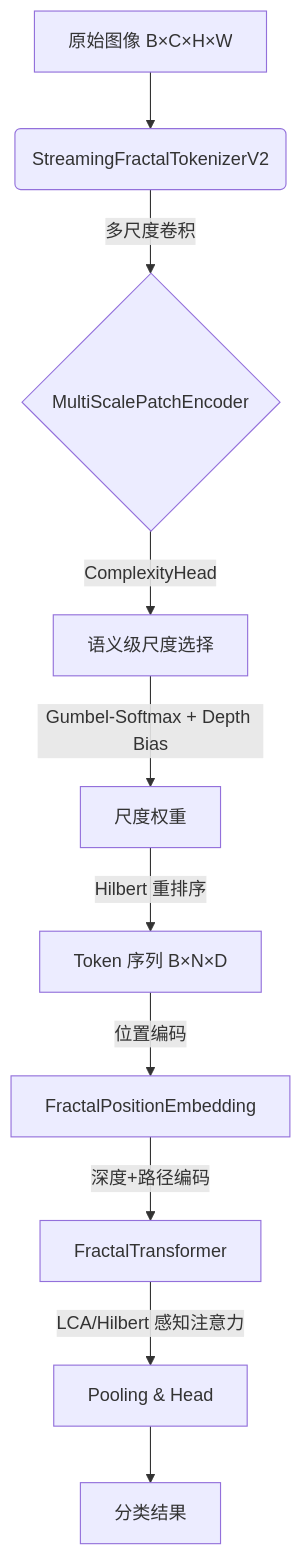
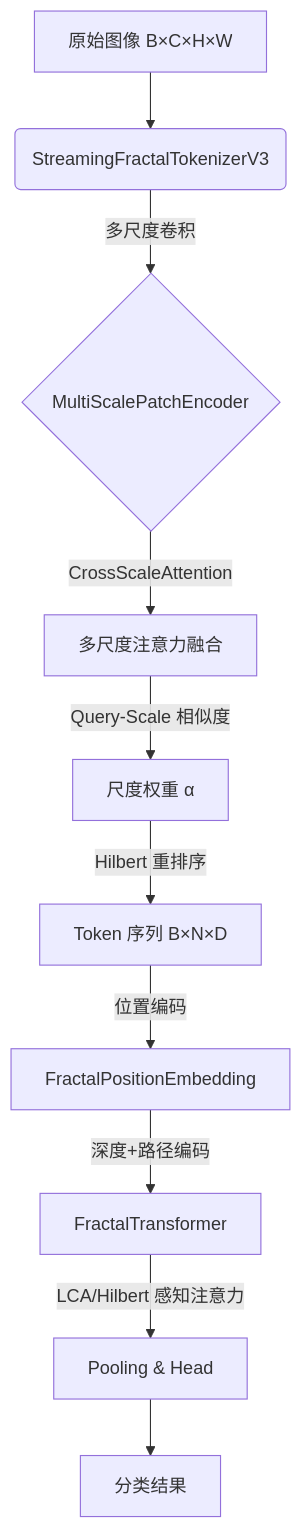
Before and after one commit to LoopyBrainie/fractal-curve-tokenizer: the diagram in documents/00_introduction.md, drawn with Mermaid. The commit also changed other lines of this file and 7 other files, not shown here.

Commit message:
feat: 更新文档，标记 StreamingFractalTokenizerV2 为已废弃，推荐使用 StreamingFractalTokenizerV3，添加 Cross-Scale Attention 相关内容

````diff
--- a/documents/00_introduction.md
+++ b/documents/00_introduction.md
@@ -12,12 +12,12 @@
 ```mermaid
 graph TD
-    A[原始图像 B×C×H×W] --> B(StreamingFractalTokenizerV2);
+    A[原始图像 B×C×H×W] --> B(StreamingFractalTokenizerV3);
     B -->|多尺度卷积| C{MultiScalePatchEncoder};
-    C -->|ComplexityHead| D[语义级尺度选择];
-    D -->|Gumbel-Softmax + Depth Bias| E[尺度权重];
+    C -->|CrossScaleAttention| D[多尺度注意力融合];
+    D -->|Query-Scale 相似度| E[尺度权重 α];
     E -->|Hilbert 重排序| F[Token 序列 B×N×D];
     F -->|位置编码| G[FractalPositionEmbedding];
     G -->|深度+路径编码| H[FractalTransformer];
     H -->|LCA/Hilbert 感知注意力| I[Pooling & Head];
     I --> J[分类结果];
 ```
````
